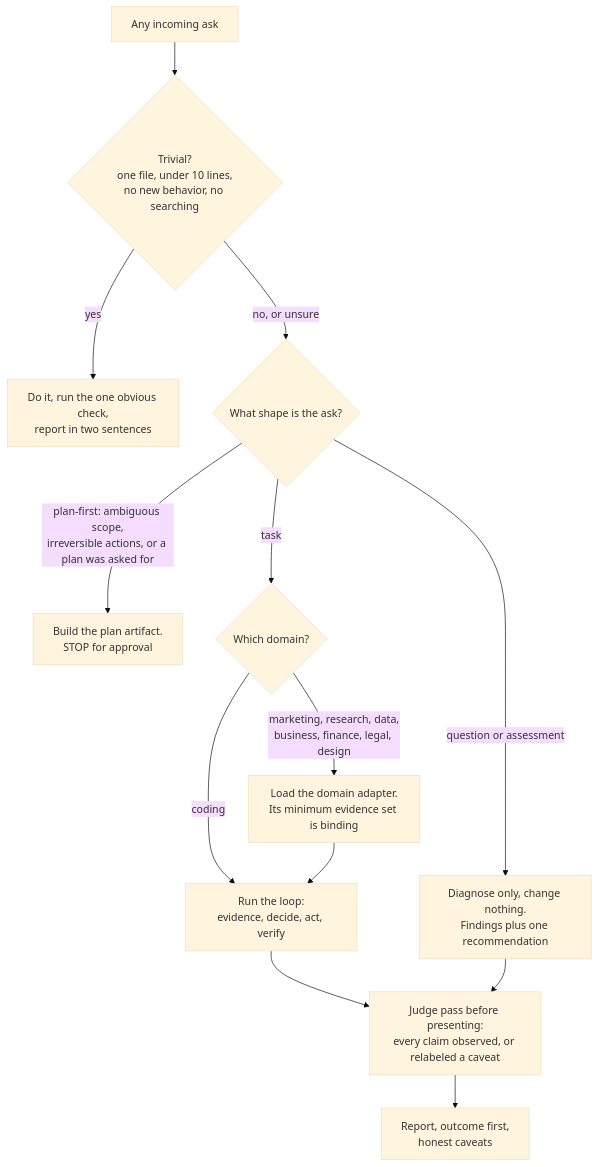
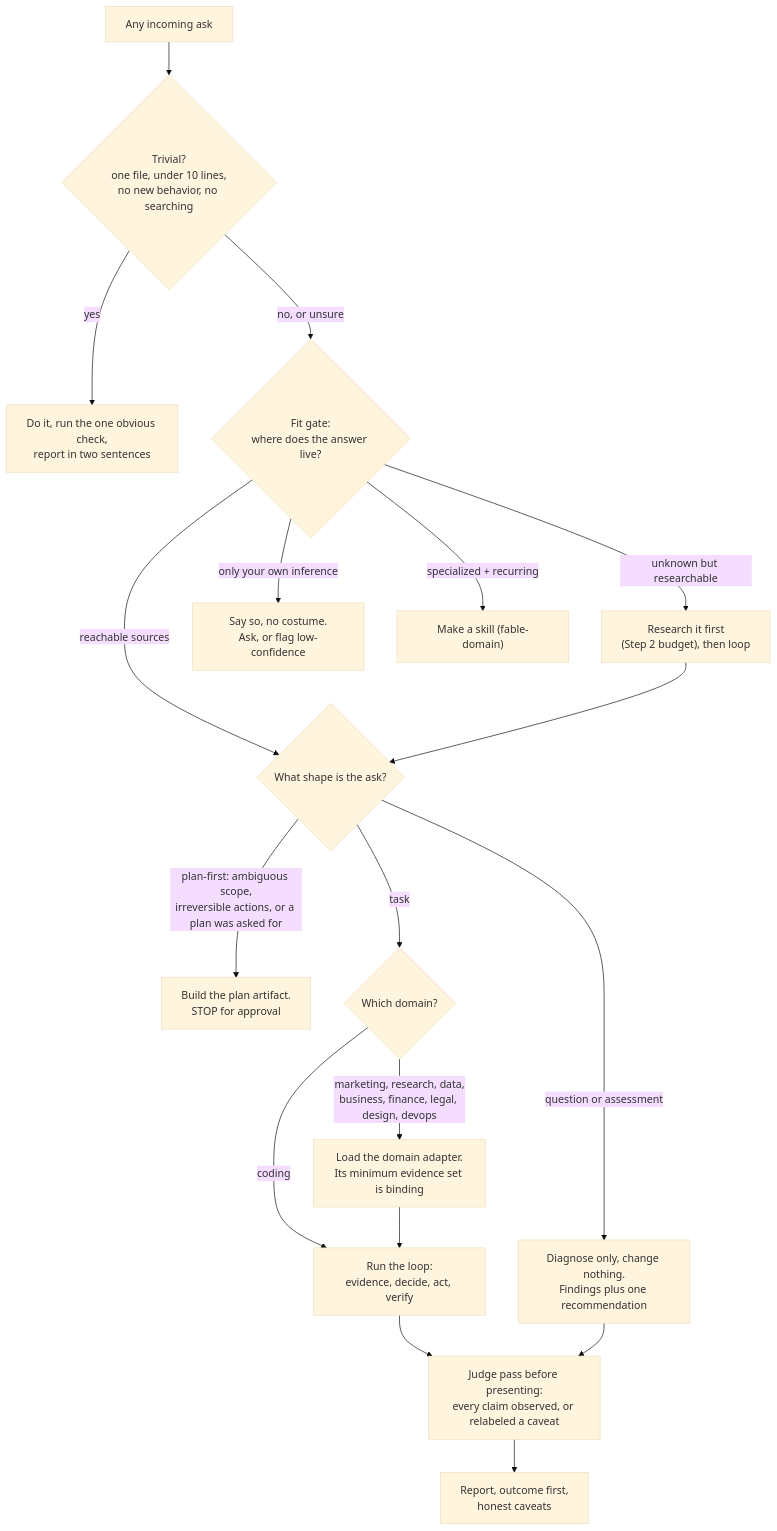
The first of 8 diagrams in skills/fable-method/references/flowcharts.md (BrandonRhoders/fable-method), drawn with Mermaid (base theme) before and after one commit. The commit also changed other lines of this file and 75 other files, not shown here.

First line of the commit message:
v1.4.0: fit gate, twin check, artifact gate, and the discuss-driven maker with red-lines

````diff
--- a/skills/fable-method/references/flowcharts.md
+++ b/skills/fable-method/references/flowcharts.md
@@ -7,15 +7,20 @@
 ```mermaid
 flowchart TD
     IN["Any incoming ask"] --> TRIV{"Trivial?<br/>one file, under 10 lines,<br/>no new behavior, no searching"}
     TRIV -->|yes| DOIT["Do it, run the one obvious check,<br/>report in two sentences"]
-    TRIV -->|"no, or unsure"| SHAPE{"What shape is the ask?"}
+    TRIV -->|"no, or unsure"| FIT{"Fit gate:<br/>where does the answer live?"}
+    FIT -->|"reachable sources"| SHAPE{"What shape is the ask?"}
+    FIT -->|"unknown but researchable"| RES["Research it first<br/>(Step 2 budget), then loop"]
+    FIT -->|"only your own inference"| INFER["Say so, no costume.<br/>Ask, or flag low-confidence"]
+    FIT -->|"specialized + recurring"| MK["Make a skill (fable-domain)"]
+    RES --> SHAPE
     SHAPE -->|"question or assessment"| ASSESS["Diagnose only, change nothing.<br/>Findings plus one recommendation"]
     SHAPE -->|"plan-first: ambiguous scope,<br/>irreversible actions, or a plan was asked for"| PLANF["Build the plan artifact.<br/>STOP for approval"]
     SHAPE -->|task| DOM{"Which domain?"}
     DOM -->|coding| LOOP2["Run the loop:<br/>evidence, decide, act, verify"]
-    DOM -->|"marketing, research, data,<br/>business, finance, legal, design"| ADAPT["Load the domain adapter.<br/>Its minimum evidence set is binding"]
+    DOM -->|"marketing, research, data,<br/>business, finance, legal, design, devops"| ADAPT["Load the domain adapter.<br/>Its minimum evidence set is binding"]
     ADAPT --> LOOP2
     LOOP2 --> JPASS["Judge pass before presenting:<br/>every claim observed, or relabeled a caveat"]
     ASSESS --> JPASS
     JPASS --> OUT["Report, outcome first,<br/>honest caveats"]
 ```
````
